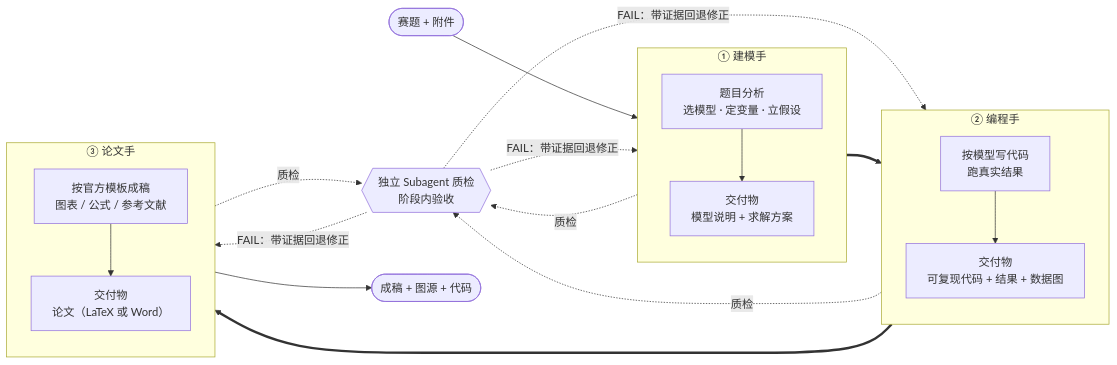
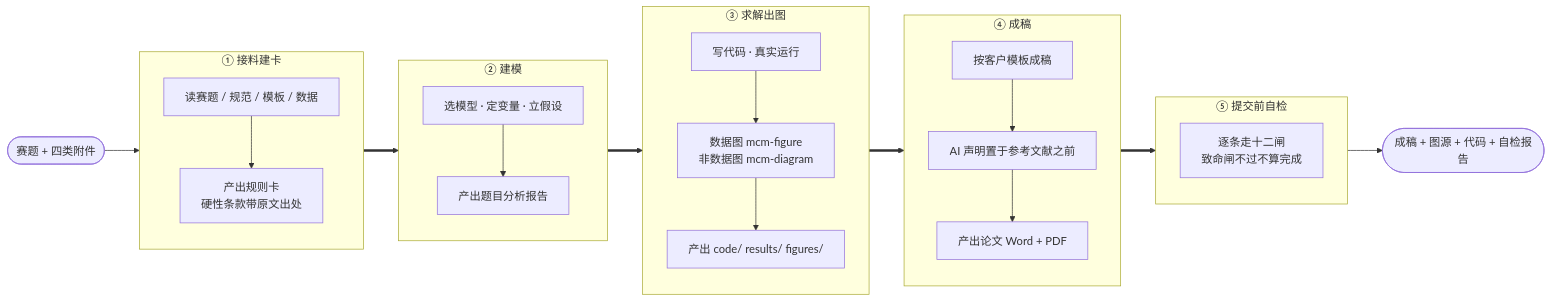
The first of 2 diagrams in README.md (SpenBug/mcm-agent), drawn with Mermaid before and after one commit. The commit also changed other lines of this file and 35 other files, not shown here.

````diff
--- a/README.md
+++ b/README.md
@@ -47,38 +61,41 @@
 ```mermaid
 flowchart LR
-    Q(["赛题 + 附件"]) --> M
+    Q(["赛题 + 四类附件"]) --> S1
 
-    subgraph M["① 建模手"]
+    subgraph S1["① 接料建卡"]
         direction TB
-        M1["题目分析<br/>选模型 · 定变量 · 立假设"]
-        M2["交付物<br/>模型说明 + 求解方案"]
-        M1 --> M2
+        A1["读赛题 / 规范 / 模板 / 数据"]
+        A2["产出规则卡<br/>硬性条款带原文出处"]
+        A1 --> A2
     end
 
-    subgraph C["② 编程手"]
+    subgraph S2["② 建模"]
         direction TB
-        C1["按模型写代码<br/>跑真实结果"]
-        C2["交付物<br/>可复现代码 + 结果 + 数据图"]
-        C1 --> C2
+        B1["选模型 · 定变量 · 立假设"]
+        B2["产出题目分析报告"]
+        B1 --> B2
     end
 
-    subgraph P["③ 论文手"]
+    subgraph S3["③ 求解出图"]
         direction TB
-        P1["按官方模板成稿<br/>图表 / 公式 / 参考文献"]
-        P2["交付物<br/>论文（LaTeX 或 Word）"]
-        P1 --> P2
+        C1["写代码 · 真实运行"]
+        C2["数据图 mcm-figure<br/>非数据图 mcm-diagram"]
+        C3["产出 code/ results/ figures/"]
+        C1 --> C2 --> C3
     end
 
-    M2 ==> C1
-    C2 ==> P1
+    subgraph S4["④ 成稿"]
+        direction TB
+        D1["按客户模板成稿"]
+        D2["AI 声明置于参考文献之前"]
+        D3["产出论文 Word + PDF"]
+        D1 --> D2 --> D3
+    end
 
-    SUB{{"独立 Subagent 质检<br/>阶段内验收"}}
-    M2 -. 质检 .-> SUB
-    C2 -. 质检 .-> SUB
-    P2 -. 质检 .-> SUB
-    SUB -. "FAIL：带证据回退修正" .-> M
-    SUB -. "FAIL：带证据回退修正" .-> C
-    SUB -. "FAIL：带证据回退修正" .-> P
+    subgraph S5["⑤ 提交前自检"]
+        E1["逐条走十二闸<br/>致命闸不过不算完成"]
+    end
 
-    P2 --> OUT(["成稿 + 图源 + 代码"])
+    S1 ==> S2 ==> S3 ==> S4 ==> S5
+    S5 --> OUT(["成稿 + 图源 + 代码 + 自检报告"])
 ```
````
